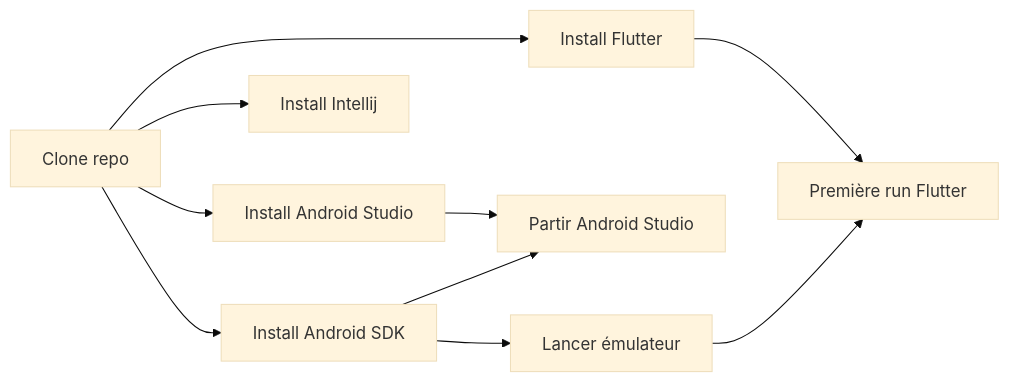
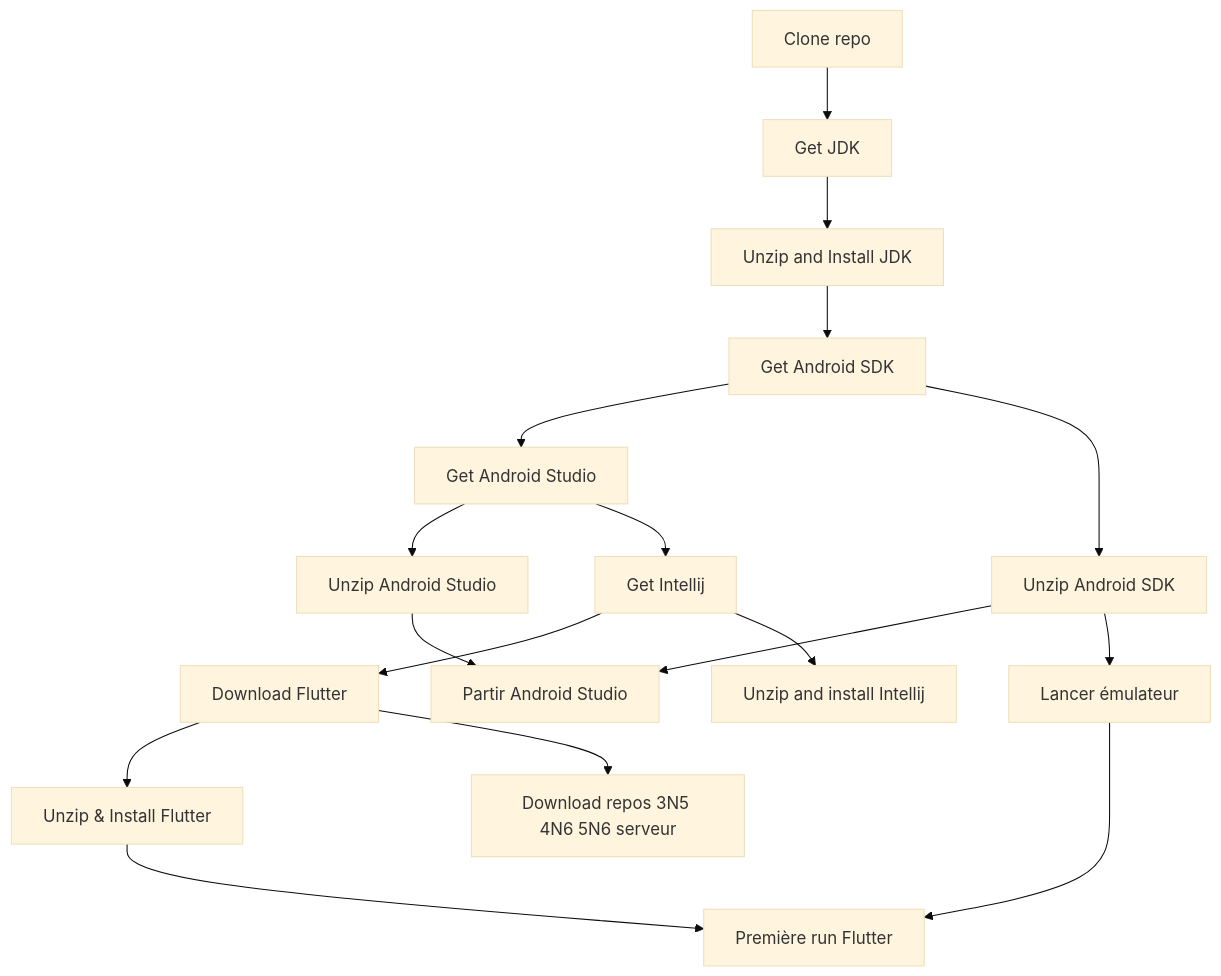
Before and after one commit to departement-info-cem/scripts-mobile: the diagram in README.md, drawn with Mermaid (base theme).

Commit message:
MAJ mermaid

````diff
--- a/README.md
+++ b/README.md
@@ -17,20 +17,37 @@
 ```mermaid
-flowchart LR
+flowchart TD
     clone["Clone repo"]
-    idea["Install Intellij"]
-    androidstudio["Install Android Studio"]
+    dJDK["Get JDK"]
+    unzipJDK["Unzip and Install JDK"]
+    dSDK["Get SDK"]
+    unzipSDK["Unzip and install SDK"]
+    dIDEA["Get Intellij"]
+    unzipIDEA["Unzip and install Intellij"]
+    dAS["Get Android Studio"]
+    unzipAS["Unzip Android Studio"]
     startandroidstudio["Partir Android Studio"]
-    androidsdk["Install Android SDK"]
-    flutter["Install Flutter"]
+    dSDK["Get Android SDK"]
+    unzipSDK["Unzip Android SDK"]
+    dFLUTTER["Download Flutter"]
+    unzipFLUTTER["Unzip & Install Flutter"]
+    repos["Download repos 3N5 4N6 5N6 serveur"]
     projetflutter["Première run Flutter"]
     emulator["Lancer émulateur"]
-    clone --> flutter
-    clone --> idea
-    clone --> androidstudio
-    androidsdk --> startandroidstudio;
-    androidstudio --> startandroidstudio;
-    clone --> androidsdk
-    androidsdk --> emulator
+    clone --> dJDK
+    dJDK --> unzipJDK
+    unzipJDK --> dSDK
+    dSDK --> dAS
+    dSDK --> unzipSDK
+
+    dAS --> unzipAS
+    dAS --> dIDEA
+    dIDEA --> dFLUTTER
+    dIDEA --> unzipIDEA
+    dFLUTTER --> unzipFLUTTER
+    dFLUTTER --> repos
+    unzipAS --> startandroidstudio
+    unzipSDK --> startandroidstudio
+    unzipSDK --> emulator
     emulator --> projetflutter
-    flutter --> projetflutter
+    unzipFLUTTER --> projetflutter
 ```
````
